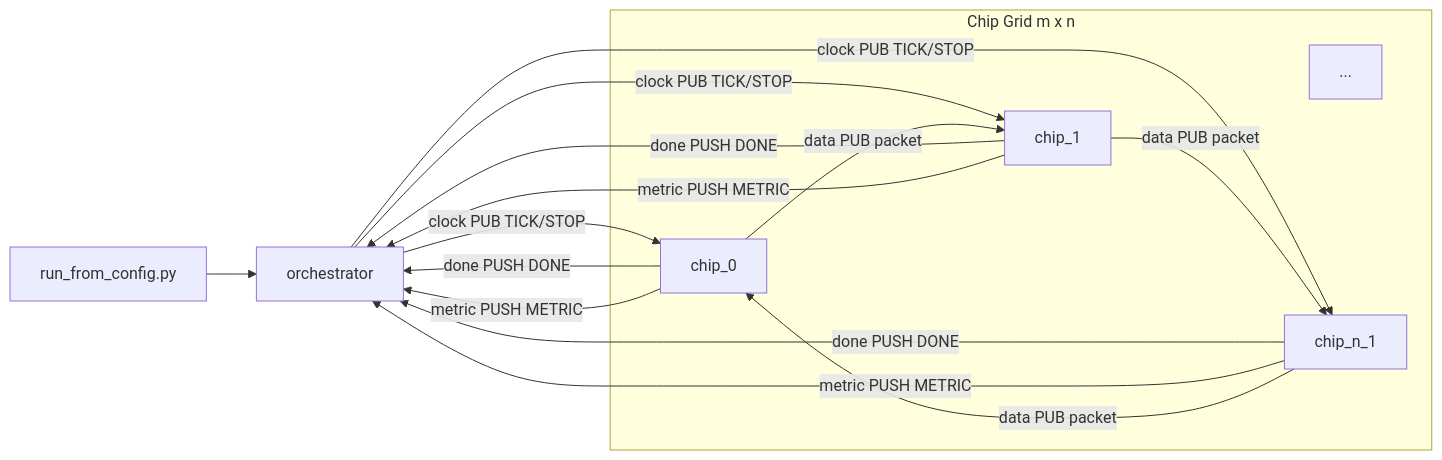
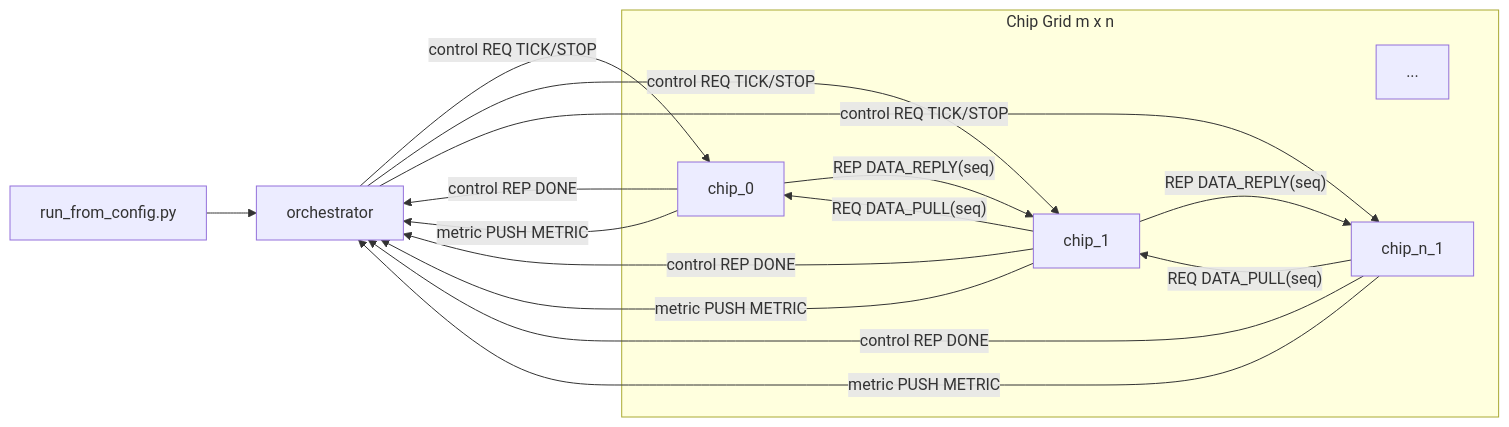
The first of 3 diagrams in chip_network_sim/doc/architecture.md (snr-laboratory/snrlab-chip-network-sim), drawn with Mermaid before and after one commit. The commit also changed other lines of this file and 12 other files, not shown here.

First line of the commit message:
Implement reliable inter-chip data plane (REQ/REP), refresh docs, and benchmark post-migration

````diff
--- a/chip_network_sim/doc/architecture.md
+++ b/chip_network_sim/doc/architecture.md
@@ -41,27 +41,28 @@
 ```mermaid
 flowchart LR
     RC["run_from_config.py"] --> O["orchestrator"]
 
     subgraph PROC["Chip Grid m x n"]
       C0["chip_0"]
       C1["chip_1"]
       C2["..."]
       CN["chip_n_1"]
     end
 
-    O -- "clock PUB TICK/STOP" --> C0
-    O -- "clock PUB TICK/STOP" --> C1
-    O -- "clock PUB TICK/STOP" --> CN
+    O -- "control REQ TICK/STOP" --> C0
+    O -- "control REQ TICK/STOP" --> C1
+    O -- "control REQ TICK/STOP" --> CN
 
-    C0 -- "done PUSH DONE" --> O
-    C1 -- "done PUSH DONE" --> O
-    CN -- "done PUSH DONE" --> O
+    C0 -- "control REP DONE" --> O
+    C1 -- "control REP DONE" --> O
+    CN -- "control REP DONE" --> O
 
     C0 -- "metric PUSH METRIC" --> O
     C1 -- "metric PUSH METRIC" --> O
     CN -- "metric PUSH METRIC" --> O
 
-    C0 -- "data PUB packet" --> C1
-    C1 -- "data PUB packet" --> CN
-    CN -- "data PUB packet" --> C0
+    C1 -- "REQ DATA_PULL(seq)" --> C0
+    C0 -- "REP DATA_REPLY(seq)" --> C1
+    CN -- "REQ DATA_PULL(seq)" --> C1
+    C1 -- "REP DATA_REPLY(seq)" --> CN
 ```
````
